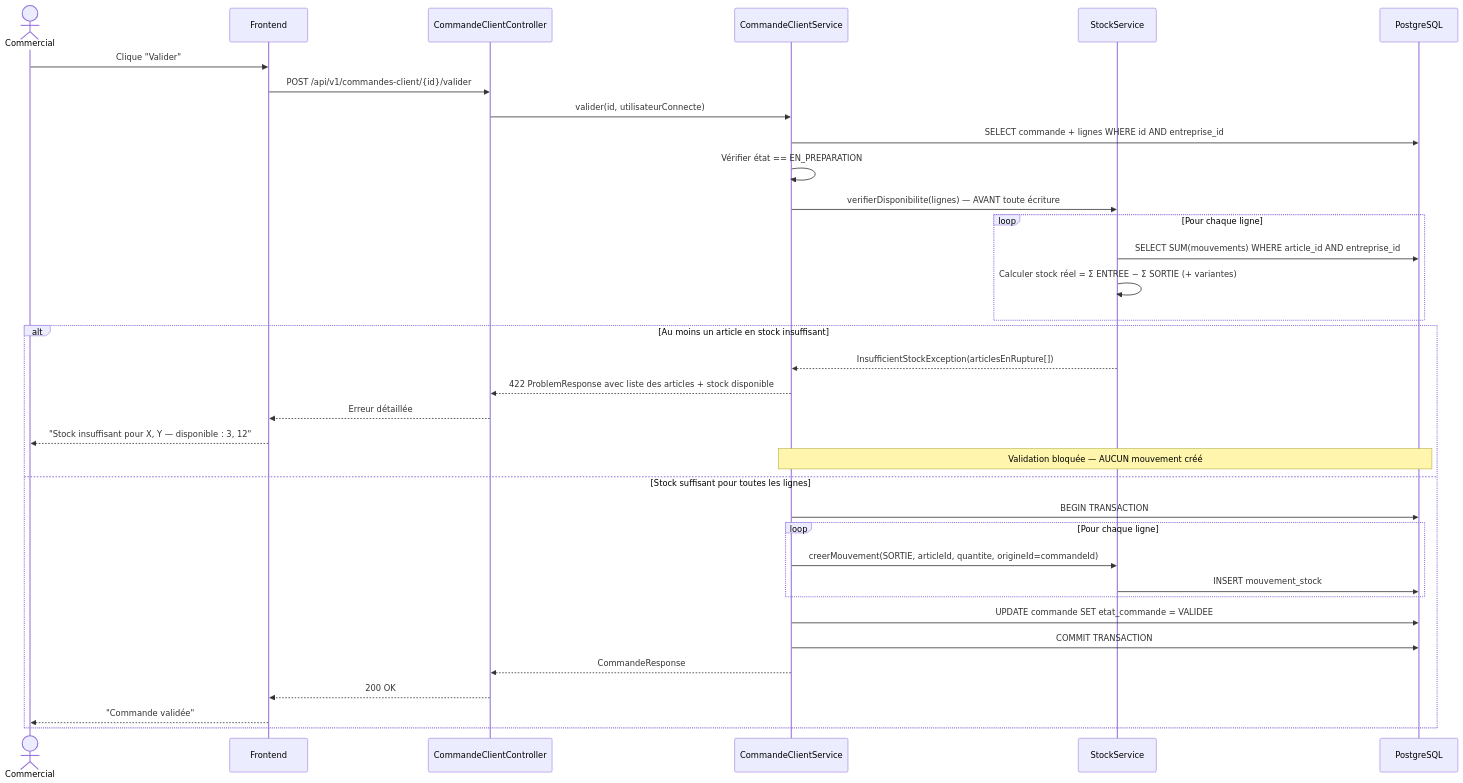
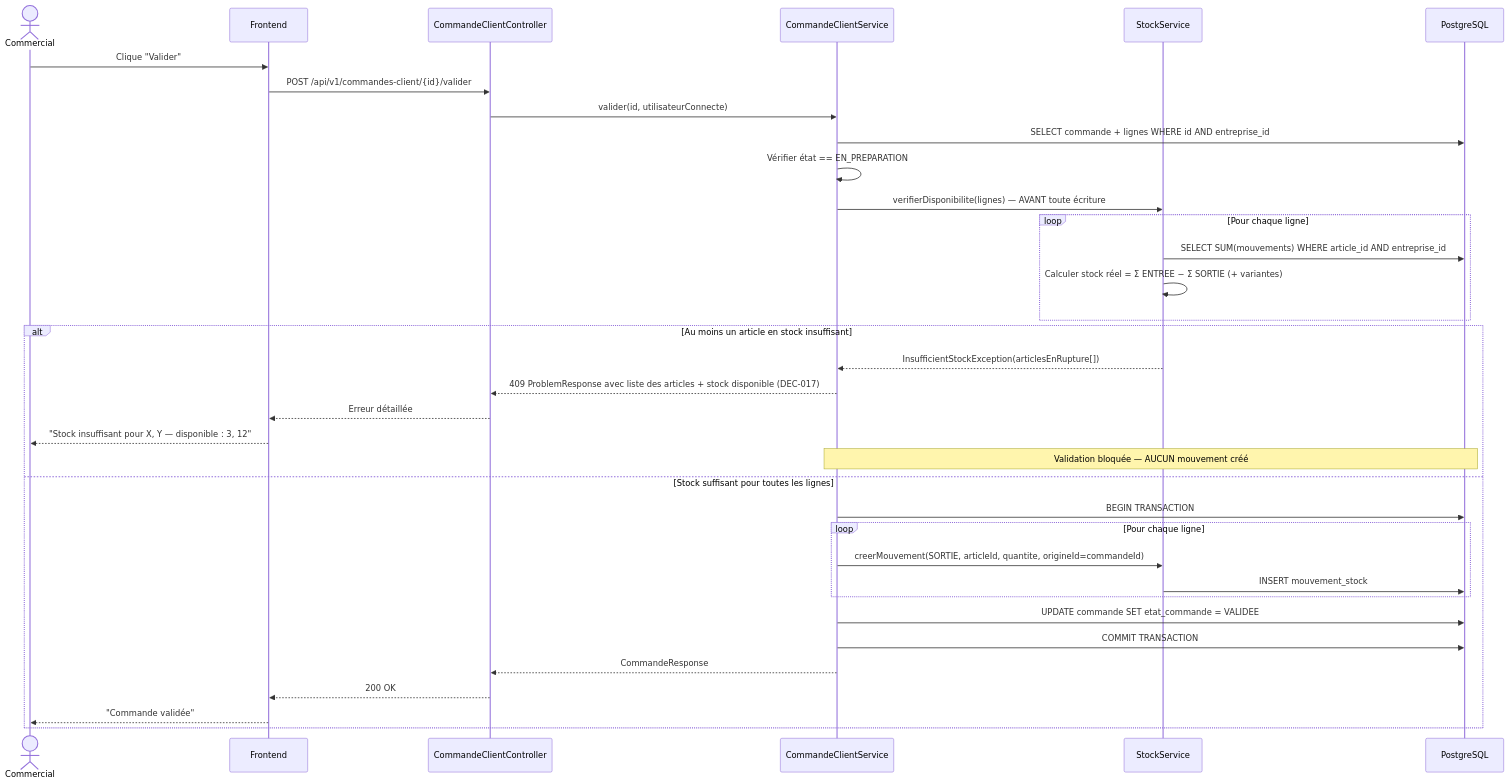
The third of 5 diagrams in document/01-architecture/GS-SEQ-2026-01_diagrammes_sequence.md (ulruchdev/gestion_de_stok_multifiliale), drawn with Mermaid before and after one commit. The commit also changed other lines of this file and 6 other files, not shown here.

````diff
--- a/document/01-architecture/GS-SEQ-2026-01_diagrammes_sequence.md
+++ b/document/01-architecture/GS-SEQ-2026-01_diagrammes_sequence.md
@@ -112,38 +112,38 @@
 ```mermaid
 sequenceDiagram
     actor C as Commercial
     participant FE as Frontend
     participant API as CommandeClientController
     participant SVC as CommandeClientService
     participant STK as StockService
     participant DB as PostgreSQL
 
     C->>FE: Clique "Valider"
     FE->>API: POST /api/v1/commandes-client/{id}/valider
     API->>SVC: valider(id, utilisateurConnecte)
     SVC->>DB: SELECT commande + lignes WHERE id AND entreprise_id
     SVC->>SVC: Vérifier état == EN_PREPARATION
     SVC->>STK: verifierDisponibilite(lignes) — AVANT toute écriture
     loop Pour chaque ligne
         STK->>DB: SELECT SUM(mouvements) WHERE article_id AND entreprise_id
         STK->>STK: Calculer stock réel = Σ ENTREE − Σ SORTIE (+ variantes)
     end
     alt Au moins un article en stock insuffisant
         STK-->>SVC: InsufficientStockException(articlesEnRupture[])
-        SVC-->>API: 422 ProblemResponse avec liste des articles + stock disponible
+        SVC-->>API: 409 ProblemResponse avec liste des articles + stock disponible (DEC-017)
         API-->>FE: Erreur détaillée
         FE-->>C: "Stock insuffisant pour X, Y — disponible : 3, 12"
         Note over SVC,DB: Validation bloquée — AUCUN mouvement créé
     else Stock suffisant pour toutes les lignes
         SVC->>DB: BEGIN TRANSACTION
         loop Pour chaque ligne
             SVC->>STK: creerMouvement(SORTIE, articleId, quantite, origineId=commandeId)
             STK->>DB: INSERT mouvement_stock
         end
         SVC->>DB: UPDATE commande SET etat_commande = VALIDEE
         SVC->>DB: COMMIT TRANSACTION
         SVC-->>API: CommandeResponse
         API-->>FE: 200 OK
         FE-->>C: "Commande validée"
     end
 ```
````
